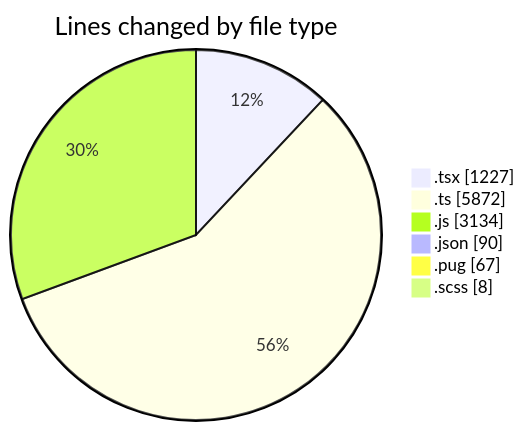
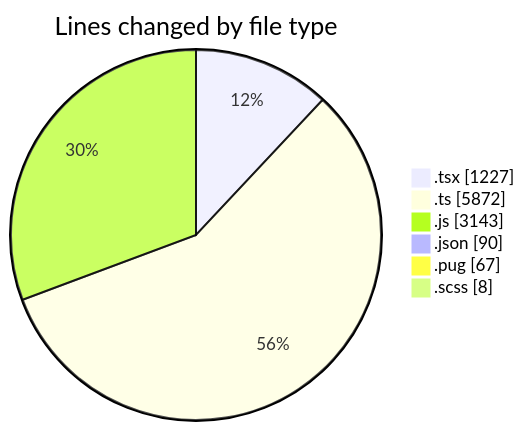
Before and after one commit to momahboobian/code-tracking: the first of 2 diagrams in 2025-03-24/cda/README.md, drawn with Mermaid. The commit also changed other lines of this file and 1 other file, not shown here.

````diff
--- a/2025-03-24/cda/README.md
+++ b/2025-03-24/cda/README.md
@@ -41,10 +41,10 @@
 ```mermaid
 pie showData
 title Lines changed by file type
 ".tsx" : 1227
 ".ts" : 5872
-".js" : 3134
+".js" : 3143
 ".json" : 90
 ".pug" : 67
 ".scss" : 8
 ```
````
